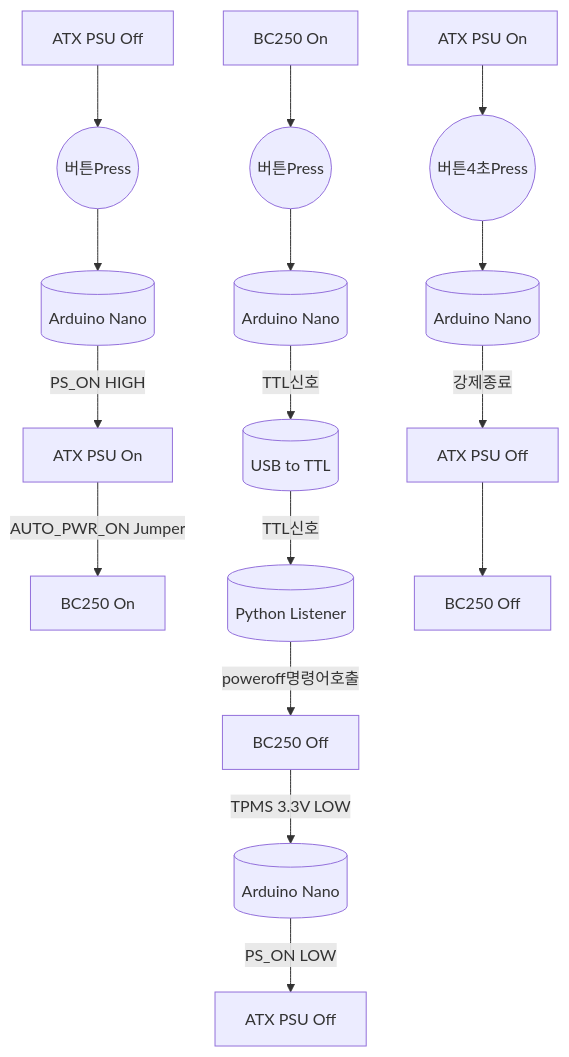
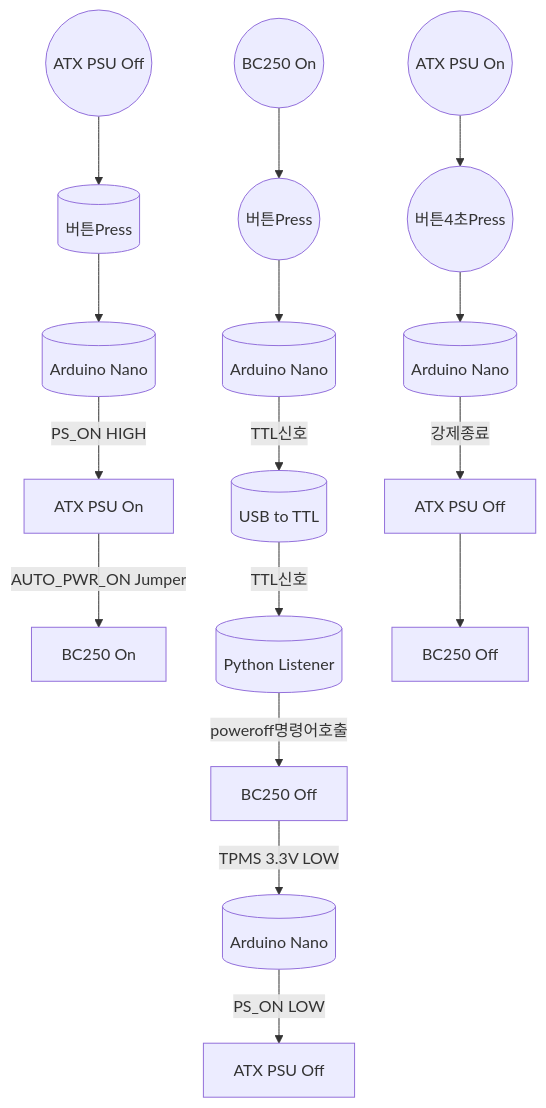
One commit to coolsolgit/BC250-ATX-PSU-Control changed the first of 2 diagrams in README.md. Above: the diagram before and after it, drawn with Mermaid.

````diff
--- a/README.md
+++ b/README.md
@@ -24,18 +24,18 @@
 ```mermaid
 flowchart TD
-A1[ATX PSU Off] --> B1((버튼Press))
+A1((ATX PSU Off)) --> B1[(버튼Press)]
   B1 --> C1[(Arduino Nano)]
   C1 -->|PS_ON HIGH| D1[ATX PSU On]
   D1 -->|AUTO_PWR_ON Jumper| E1[BC250 On]
-A2[BC250 On] --> B2((버튼Press))
+A2((BC250 On)) --> B2((버튼Press))
   B2 --> C2[(Arduino Nano)]
   C2 -->|TTL신호| D2[(USB to TTL)]
   D2 -->|TTL신호| E2[(Python Listener)]
   E2 -->|poweroff명령어호출| F2[BC250 Off]
   F2 -->|TPMS 3.3V LOW| G2[(Arduino Nano)]
   G2 -->|PS_ON LOW| H2[ATX PSU Off]
-A3[ATX PSU On] --> B3((버튼4초Press))
+A3((ATX PSU On)) --> B3((버튼4초Press))
   B3 --> C3[(Arduino Nano)]
   C3 -->|강제종료| D3[ATX PSU Off]
   D3 --> E3[BC250 Off]
 ```
````
